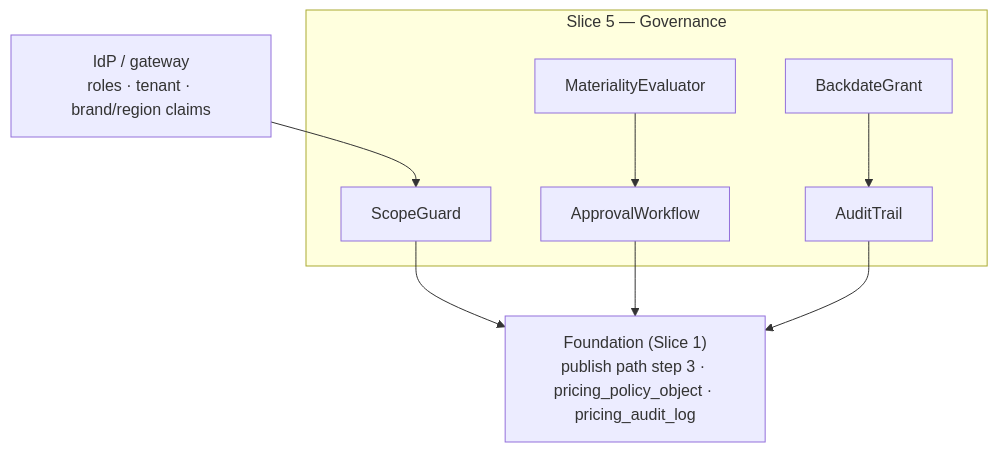
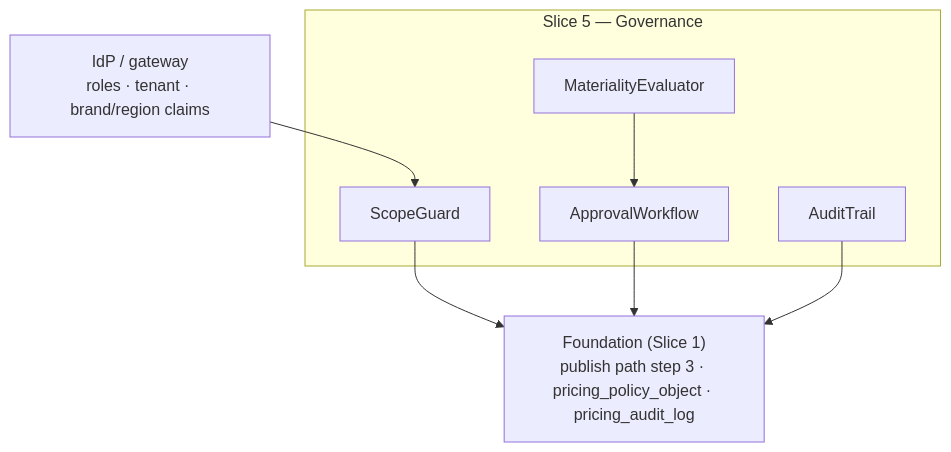
Before and after one commit to diffora/gears-rust: the diagram in gears/bss/pricing/docs/design/05-governance.md, drawn with Mermaid. The commit also changed other lines of this file and 20 other files, not shown here.

````diff
--- a/gears/bss/pricing/docs/design/05-governance.md
+++ b/gears/bss/pricing/docs/design/05-governance.md
@@ -130,18 +128,16 @@
 ```mermaid
 flowchart TB
     IDP["IdP / gateway<br/>roles · tenant · brand/region claims"]
     subgraph s5["Slice 5 — Governance"]
         SG["ScopeGuard"]
         ME["MaterialityEvaluator"]
         AW["ApprovalWorkflow"]
-        BG["BackdateGrant"]
         AT["AuditTrail"]
     end
     FND["Foundation (Slice 1)<br/>publish path step 3 · pricing_policy_object · pricing_audit_log"]
     IDP --> SG
     SG --> FND
     ME --> AW
     AW --> FND
-    BG --> AT
     AT --> FND
 ```
````
